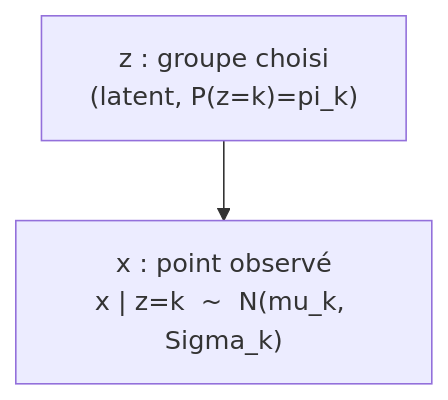
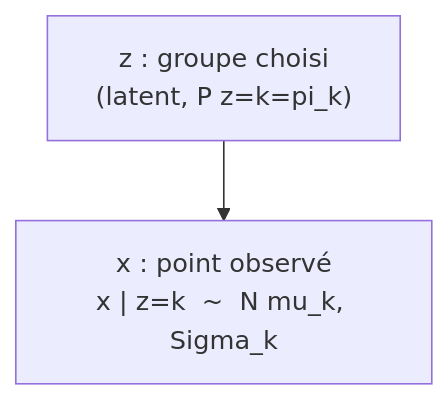
The second of 6 diagrams in chapitres/08-modeles-et-donnees.md (tanguychenier/Mathematiques-pour-le-Machine-Learning), drawn with Mermaid before and after one commit. The commit also changed other lines of this file and 6 other files, not shown here.

Commit message:
fix: repair Mermaid diagrams (drop function-call parens and asterisks from labels)

````diff
--- a/chapitres/08-modeles-et-donnees.md
+++ b/chapitres/08-modeles-et-donnees.md
@@ -571,4 +571,4 @@
 ```mermaid
 flowchart TD
-    Z["z : groupe choisi<br/>(latent, P(z=k)=pi_k)"] --> X["x : point observé<br/>x | z=k  ~  N(mu_k, Sigma_k)"]
+    Z["z : groupe choisi<br/>(latent, P z=k=pi_k)"] --> X["x : point observé<br/>x | z=k  ~  N mu_k, Sigma_k"]
 ```
````
